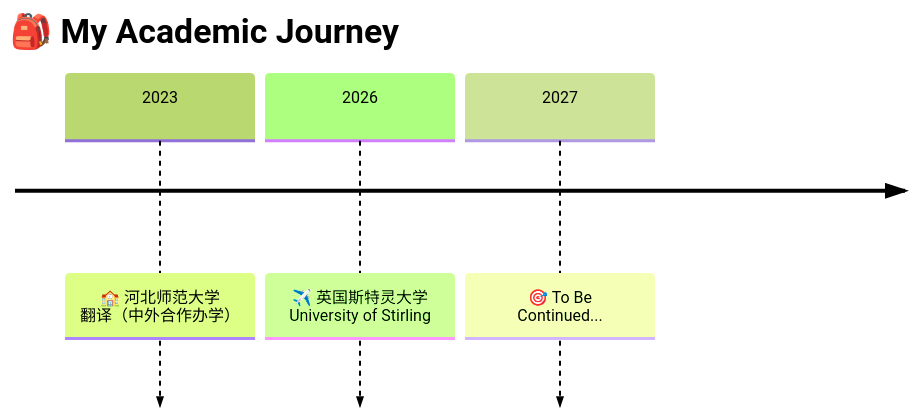
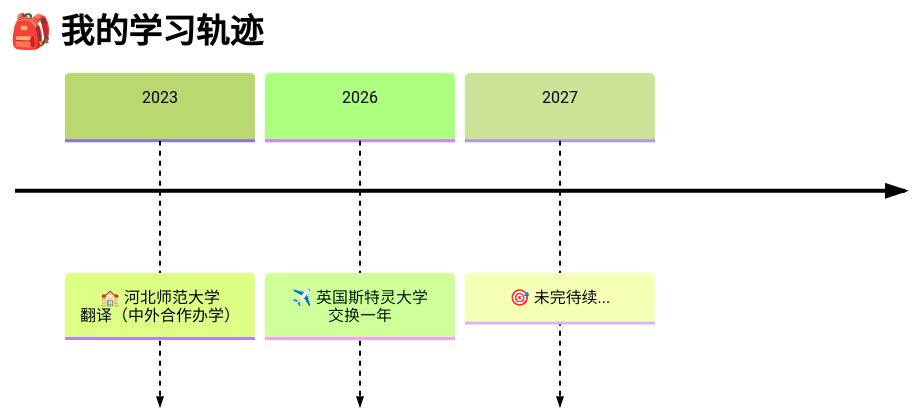
The diagram in README.zh-CN.md (Waterc0lorEyes/Waterc0lorEyes), drawn with Mermaid (forest theme) before and after one commit. The commit also changed other lines of this file and 3 other files, not shown here.

````diff
--- a/README.zh-CN.md
+++ b/README.zh-CN.md
@@ -29,7 +56,7 @@
 ```mermaid
 timeline
-    title 🎒 My Academic Journey
+    title 🎒 我的学习轨迹
     2023 : 🏫 河北师范大学<br>翻译（中外合作办学）
-    2026 : ✈️ 英国斯特灵大学<br>University of Stirling
-    2027 : 🎯 To Be Continued...
+    2026 : ✈️ 英国斯特灵大学<br>交换一年
+    2027 : 🎯 未完待续...
 ```
````
